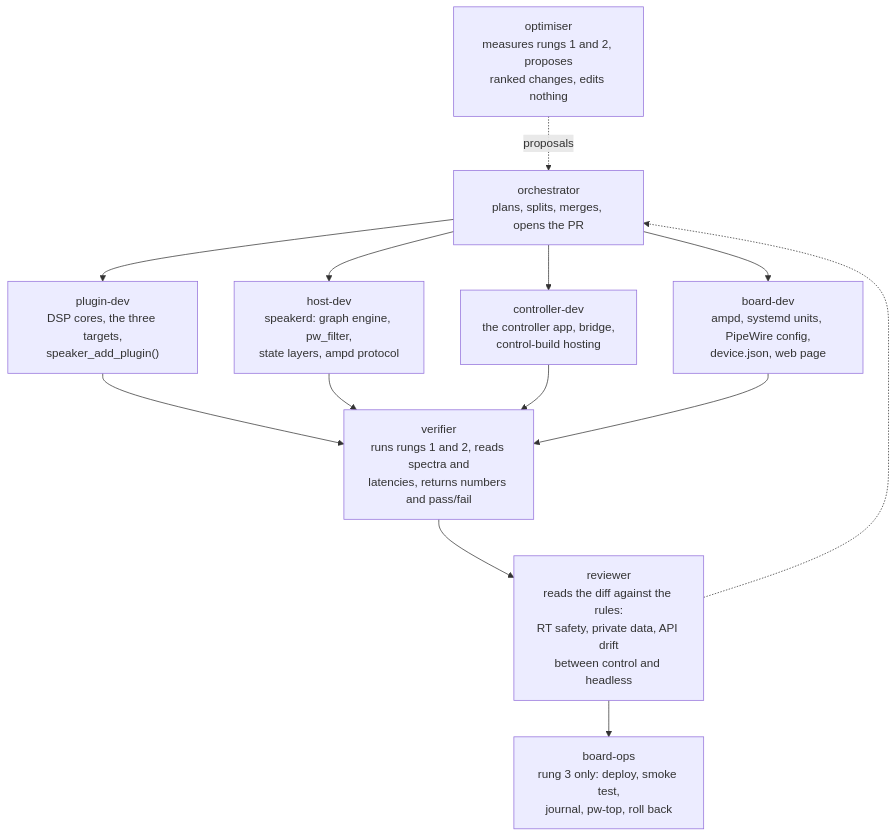
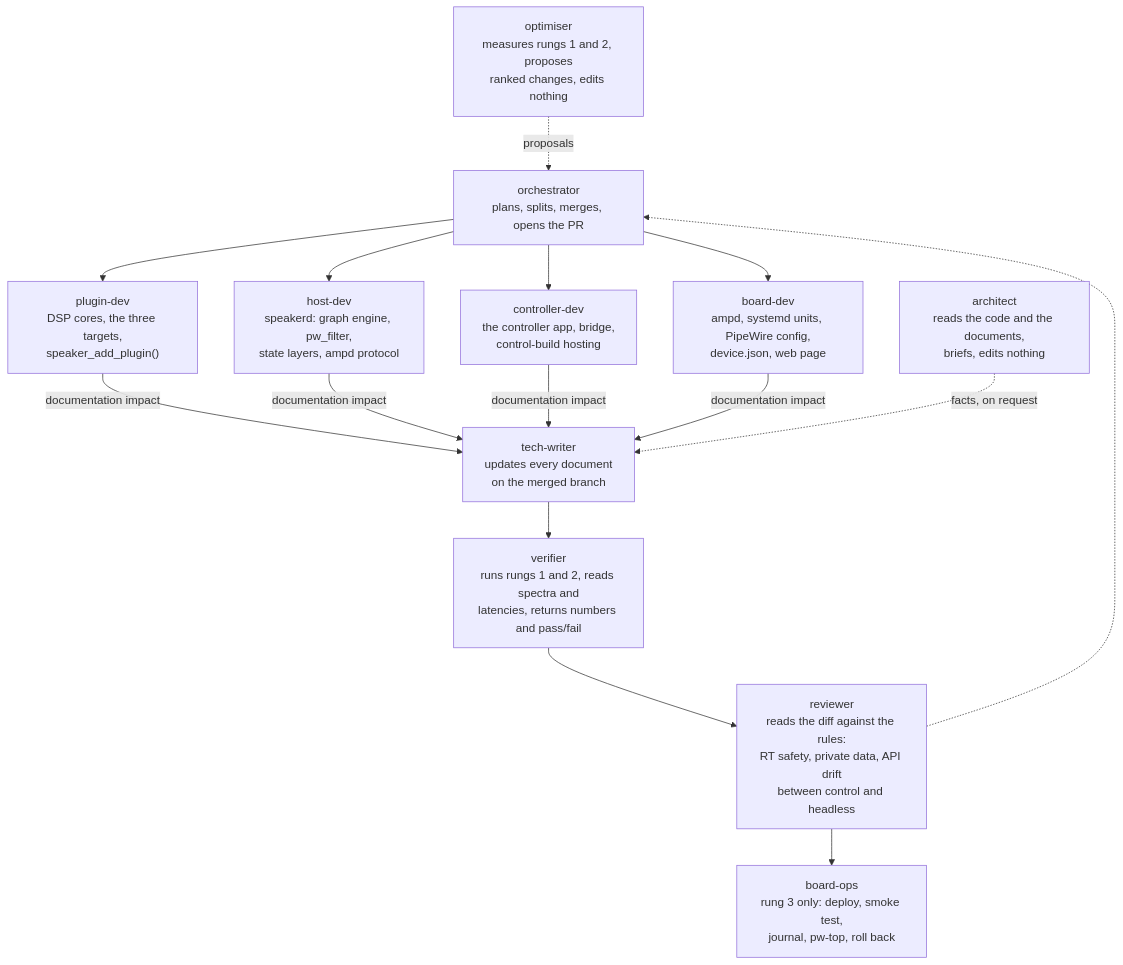
Before and after one commit to AMuszkat/bpi_amp_platform: the third of 6 diagrams in docs/autonomous-development.md, drawn with Mermaid. The commit also changed other lines of this file and 10 other files, not shown here.

First line of the commit message:
agents: an architect and a tech-writer; the documentation goes through the writer

````diff
--- a/docs/autonomous-development.md
+++ b/docs/autonomous-development.md
@@ -200,13 +200,15 @@
 ```mermaid
 flowchart TB
     orch["orchestrator<br/>plans, splits, merges, opens the PR"]
     orch --> pd["plugin-dev<br/>DSP cores, the three targets,<br/>speaker_add_plugin()"]
     orch --> hd["host-dev<br/>speakerd: graph engine, pw_filter,<br/>state layers, ampd protocol"]
     orch --> cd["controller-dev<br/>the controller app, bridge,<br/>control-build hosting"]
     orch --> bd["board-dev<br/>ampd, systemd units, PipeWire config,<br/>device.json, web page"]
-    pd & hd & cd & bd --> ver["verifier<br/>runs rungs 1 and 2, reads spectra and<br/>latencies, returns numbers and pass/fail"]
+    pd & hd & cd & bd -- "documentation impact" --> tw["tech-writer<br/>updates every document<br/>on the merged branch"]
+    arch["architect<br/>reads the code and the documents,<br/>briefs, edits nothing"] -. "facts, on request" .-> tw
+    tw --> ver["verifier<br/>runs rungs 1 and 2, reads spectra and<br/>latencies, returns numbers and pass/fail"]
     ver --> rev["reviewer<br/>reads the diff against the rules:<br/>RT safety, private data, API drift<br/>between control and headless"]
     rev --> ops["board-ops<br/>rung 3 only: deploy, smoke test,<br/>journal, pw-top, roll back"]
     rev -.-> orch
     opt["optimiser<br/>measures rungs 1 and 2, proposes<br/>ranked changes, edits nothing"] -. "proposals" .-> orch
 ```
````
